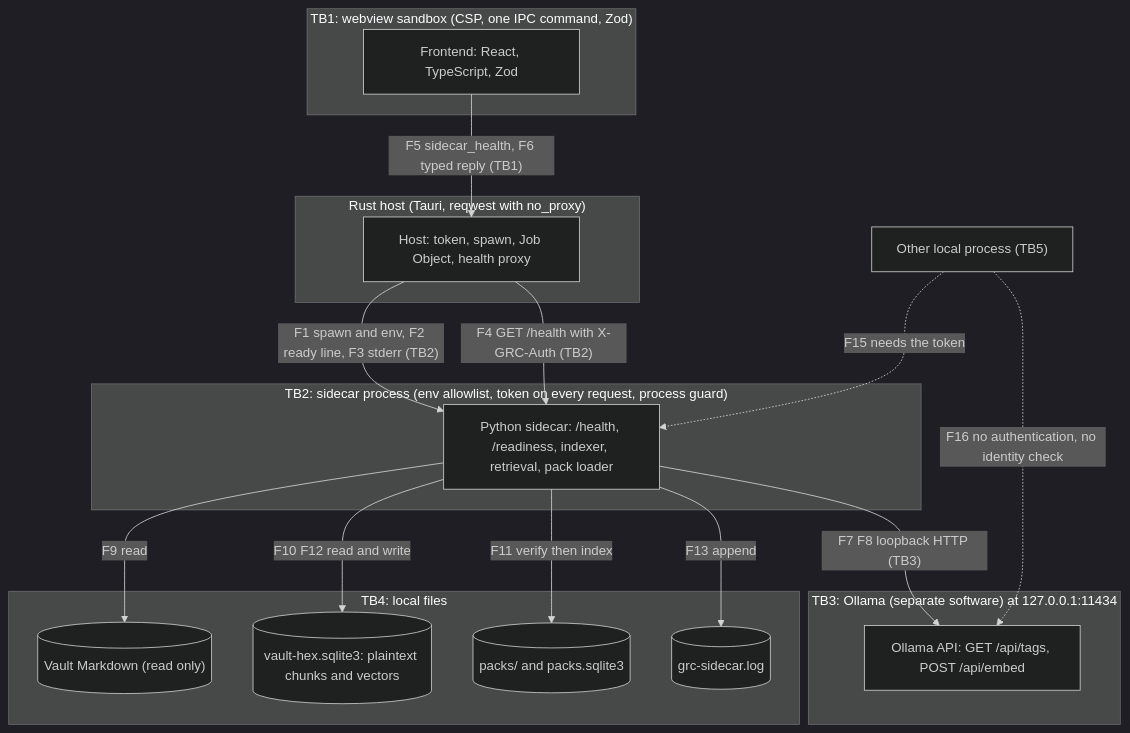
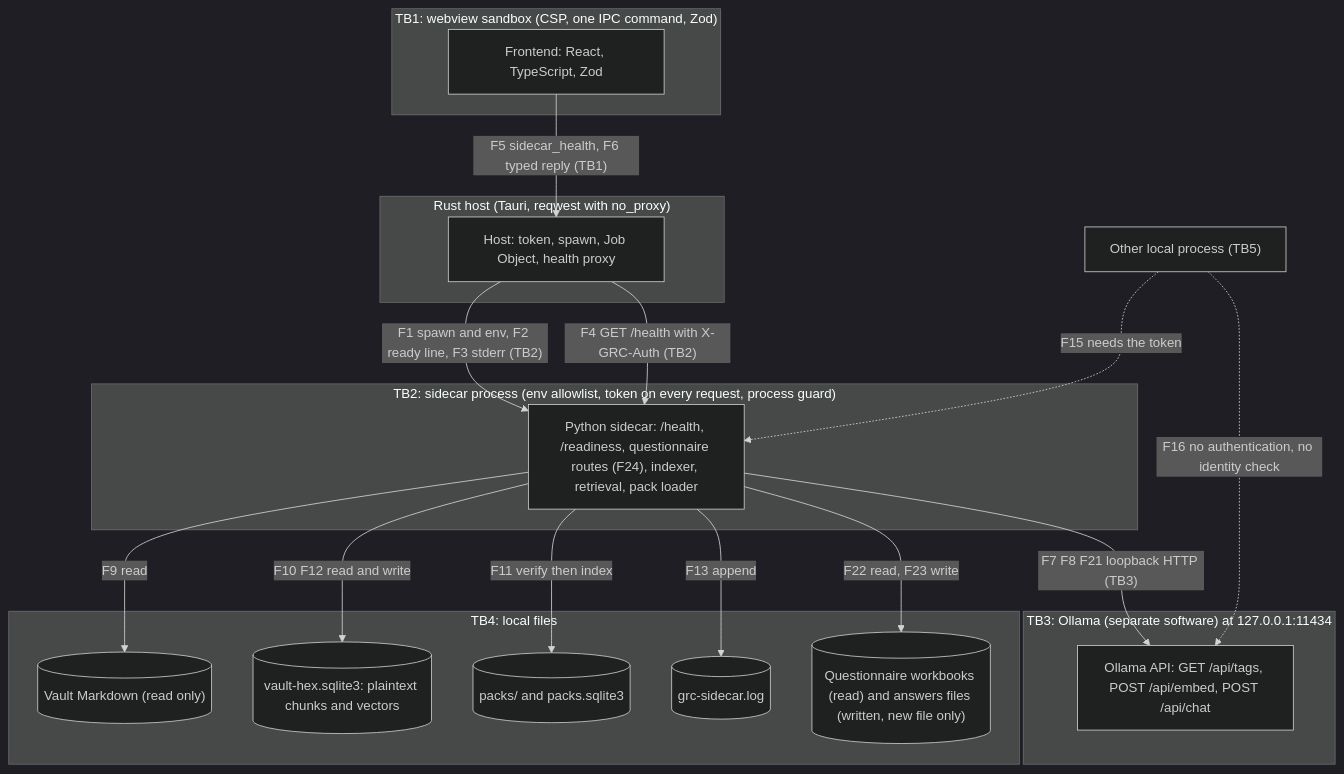
One commit to mikeperrella/grc-second-brain changed the second of 2 diagrams in docs/threat-model.md. Above: the diagram before and after it, drawn with Mermaid (dark theme). The commit also changed other lines of this file, not shown here.

````diff
--- a/docs/threat-model.md
+++ b/docs/threat-model.md
@@ -110,32 +110,34 @@
 ```mermaid
 flowchart TB
   subgraph tb1["TB1: webview sandbox (CSP, one IPC command, Zod)"]
     ui["Frontend: React, TypeScript, Zod"]
   end
   subgraph hostbox["Rust host (Tauri, reqwest with no_proxy)"]
     host["Host: token, spawn, Job Object, health proxy"]
   end
   subgraph tb2["TB2: sidecar process (env allowlist, token on every request, process guard)"]
-    sidecar["Python sidecar: /health, /readiness, indexer, retrieval, pack loader"]
+    sidecar["Python sidecar: /health, /readiness, questionnaire routes (F24), indexer, retrieval, pack loader"]
   end
   subgraph tb3["TB3: Ollama (separate software) at 127.0.0.1:11434"]
-    ollama["Ollama API: GET /api/tags, POST /api/embed"]
+    ollama["Ollama API: GET /api/tags, POST /api/embed, POST /api/chat"]
   end
   subgraph tb4["TB4: local files"]
     vault[("Vault Markdown (read only)")]
     index[("vault-hex.sqlite3: plaintext chunks and vectors")]
     packs[("packs/ and packs.sqlite3")]
     logs[("grc-sidecar.log")]
+    qfiles[("Questionnaire workbooks (read) and answers files (written, new file only)")]
   end
   rogue["Other local process (TB5)"]
   ui -->|"F5 sidecar_health, F6 typed reply (TB1)"| host
   host -->|"F1 spawn and env, F2 ready line, F3 stderr (TB2)"| sidecar
   host -->|"F4 GET /health with X-GRC-Auth (TB2)"| sidecar
-  sidecar -->|"F7 F8 loopback HTTP (TB3)"| ollama
+  sidecar -->|"F7 F8 F21 loopback HTTP (TB3)"| ollama
   sidecar -->|"F9 read"| vault
   sidecar -->|"F10 F12 read and write"| index
   sidecar -->|"F11 verify then index"| packs
   sidecar -->|"F13 append"| logs
+  sidecar -->|"F22 read, F23 write"| qfiles
   rogue -.->|"F15 needs the token"| sidecar
   rogue -.->|"F16 no authentication, no identity check"| ollama
 ```
````
